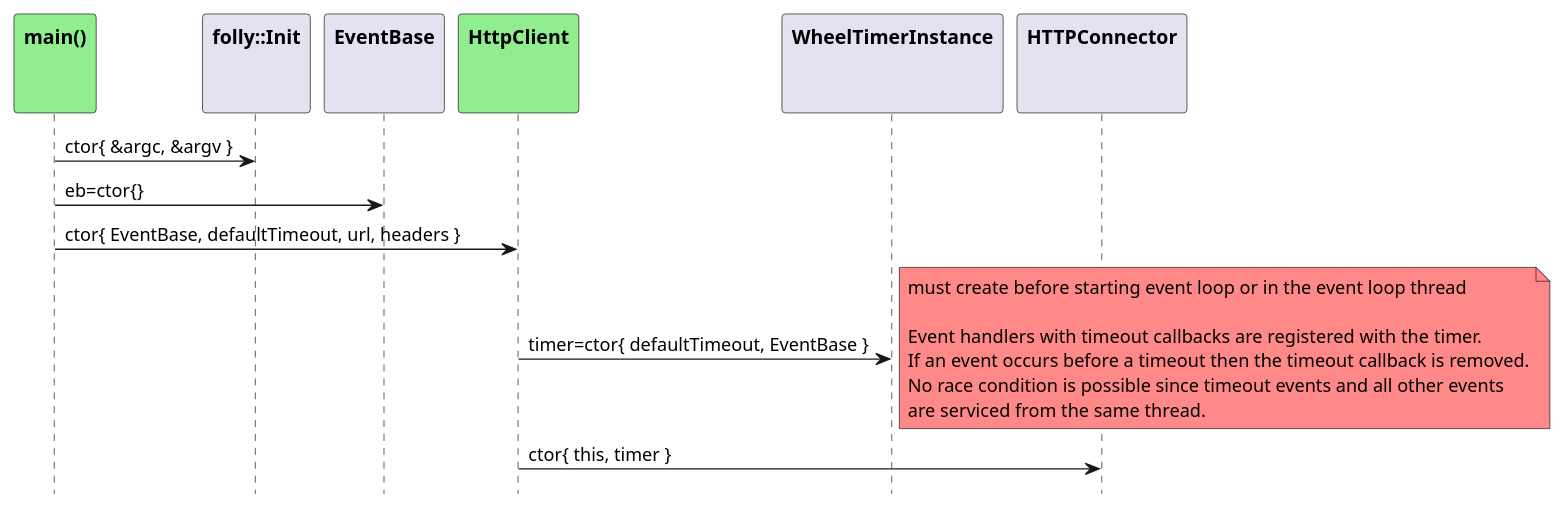
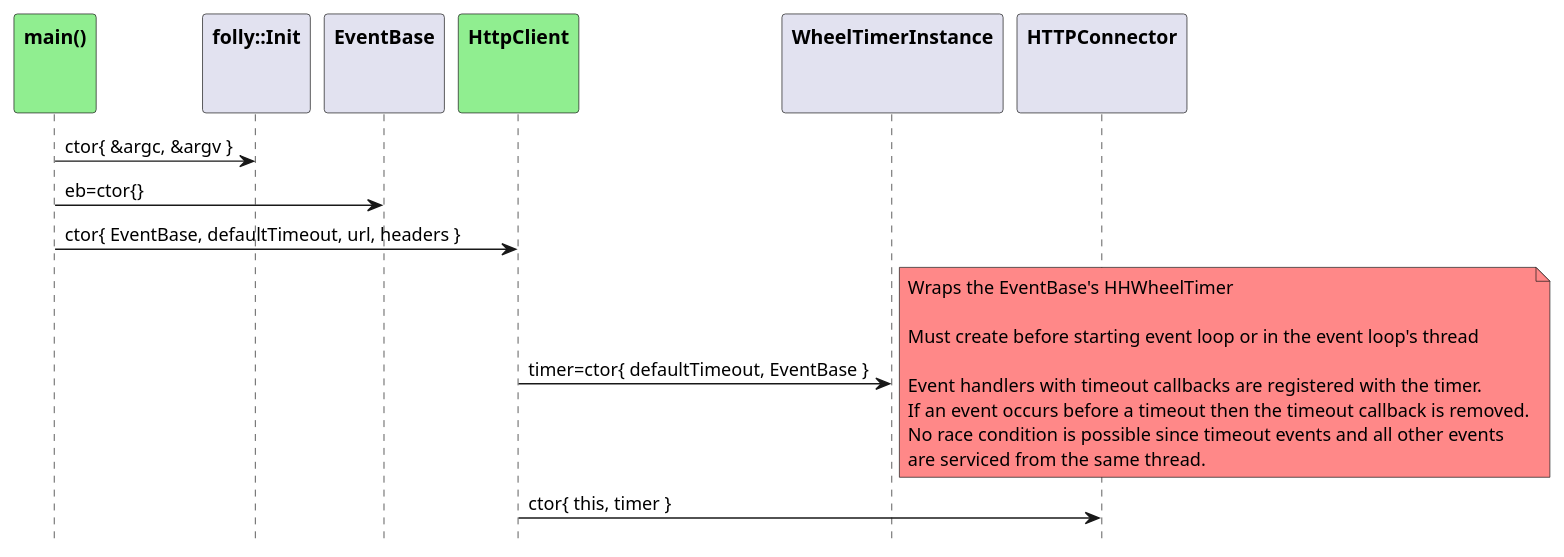
The first of 4 diagrams in doc/http-client.adoc (patrickhallinan/hello-proxygen), drawn with PlantUML before and after one commit.

```diff
--- a/doc/http-client.adoc
+++ b/doc/http-client.adoc
@@ -73,29 +73,31 @@
 [plantuml, "http-client-create-seq.puml", svg]
 ----
 hide footbox
 
 participant "**main()**\n\n" as main  #LightGreen
 participant "**folly::Init**\n\n" as Init
 participant "**EventBase**\n\n" as EventBase
 participant "**HttpClient**\n\n" as HttpClient  #LightGreen
 participant "**WheelTimerInstance**\n\n" as WheelTimerInstance
 participant "**HTTPConnector**\n\n" as HTTPConnector
 
 
 main -> Init : ctor{ &argc, &argv }
 main -> EventBase : eb=ctor{}
 
 main -> HttpClient : ctor{ EventBase, defaultTimeout, url, headers }
 
 HttpClient -> WheelTimerInstance : timer=ctor{ defaultTimeout, EventBase }
 note right #ff8888
-    must create before starting event loop or in the event loop thread
+    Wraps the EventBase's HHWheelTimer
+
+    Must create before starting event loop or in the event loop's thread
    
     Event handlers with timeout callbacks are registered with the timer.
     If an event occurs before a timeout then the timeout callback is removed.
     No race condition is possible since timeout events and all other events
     are serviced from the same thread.
 end note
 
 HttpClient -> HTTPConnector : ctor{ this, timer }
 ----
```
